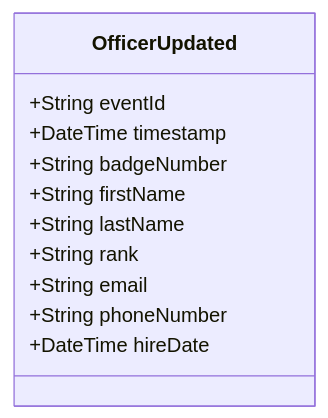
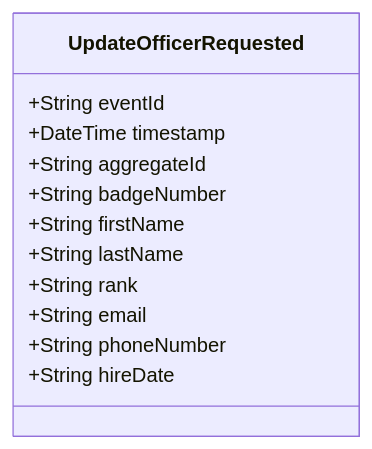
Before and after one commit to pgraff/police-system: the diagram in doc/events/OfficerUpdated.md, drawn with Mermaid. The commit also changed other lines of this file and 58 other files, not shown here.

````diff
--- a/doc/events/OfficerUpdated.md
+++ b/doc/events/OfficerUpdated.md
@@ -9,14 +9,15 @@
 ```mermaid
 classDiagram
-    class OfficerUpdated {
+    class UpdateOfficerRequested {
         +String eventId
         +DateTime timestamp
+        +String aggregateId
         +String badgeNumber
         +String firstName
         +String lastName
         +String rank
         +String email
         +String phoneNumber
-        +DateTime hireDate
+        +String hireDate
     }
 ```
````
